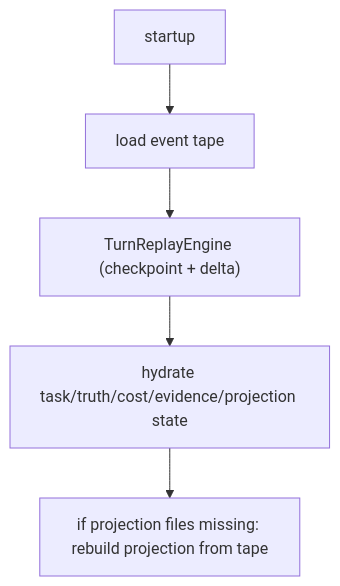
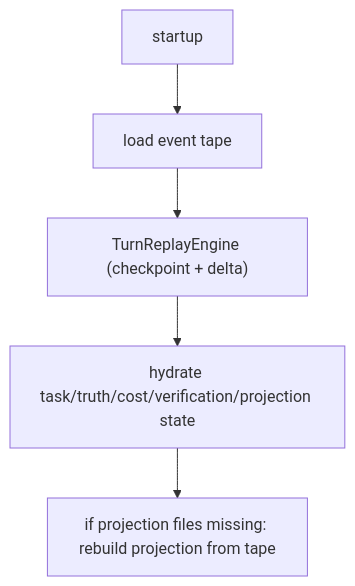
Before and after one commit to arcthur/Brewva: the fifth of 6 diagrams in docs/architecture/control-and-data-flow.md, drawn with Mermaid. The commit also changed 185 other files, not shown here.

````diff
--- a/docs/architecture/control-and-data-flow.md
+++ b/docs/architecture/control-and-data-flow.md
@@ -62,7 +62,7 @@
 ```mermaid
 flowchart TD
   A["startup"] --> B["load event tape"]
   B --> C["TurnReplayEngine (checkpoint + delta)"]
-  C --> D["hydrate task/truth/cost/evidence/projection state"]
+  C --> D["hydrate task/truth/cost/verification/projection state"]
   D --> E["if projection files missing: rebuild projection from tape"]
 ```
````
